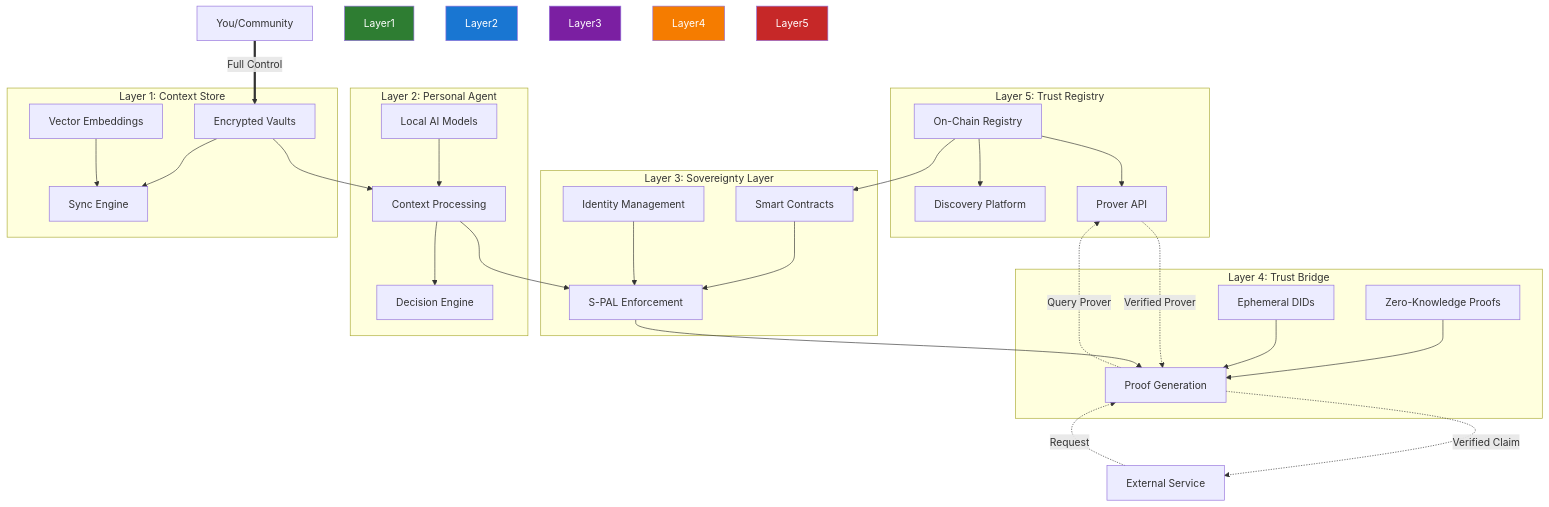
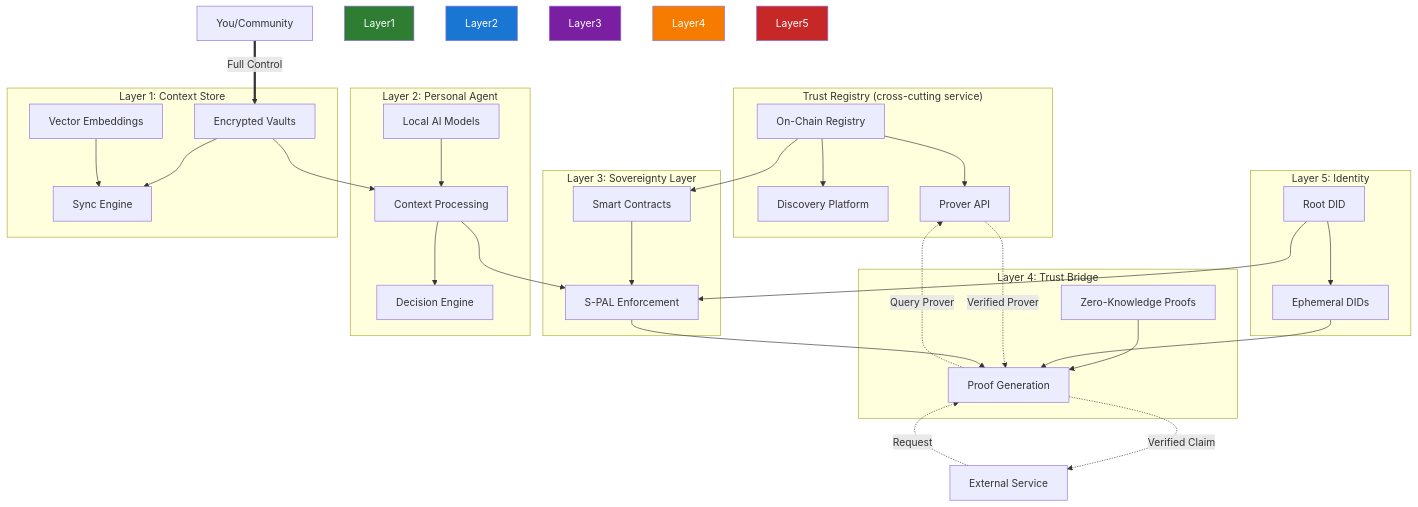
Before and after one commit to freehold-earth/freehold: the first of 8 diagrams in docs/architecture/diagrams.md, drawn with Mermaid. The commit also changed 4 other files, not shown here.

````diff
--- a/docs/architecture/diagrams.md
+++ b/docs/architecture/diagrams.md
@@ -5,59 +5,64 @@
 ```mermaid
 graph TB
-    subgraph "Layer 5: Trust Registry"
+    subgraph "Trust Registry (cross-cutting service)"
         REG[On-Chain Registry]
         DISC[Discovery Platform]
         API[Prover API]
         REG --> DISC
         REG --> API
     end
 
+    subgraph "Layer 5: Identity"
+        DID[Root DID]
+        EDID[Ephemeral DIDs]
+        DID --> EDID
+    end
+
     subgraph "Layer 4: Trust Bridge"
         ZKP[Zero-Knowledge Proofs]
-        EDID[Ephemeral DIDs]
         PROOF[Proof Generation]
         ZKP --> PROOF
-        EDID --> PROOF
     end
 
     subgraph "Layer 3: Sovereignty Layer"
         SC[Smart Contracts]
         SPAL[S-PAL Enforcement]
-        DID[Identity Management]
         SC --> SPAL
-        DID --> SPAL
     end
 
     subgraph "Layer 2: Personal Agent"
         AI[Local AI Models]
         AGENT[Context Processing]
         DECIDE[Decision Engine]
         AI --> AGENT
         AGENT --> DECIDE
     end
 
     subgraph "Layer 1: Context Store"
         VAULT[Encrypted Vaults]
         SYNC[Sync Engine]
         EMB[Vector Embeddings]
         VAULT --> SYNC
         EMB --> SYNC
     end
 
+    DID --> SPAL
+    EDID --> PROOF
+
     EXT[External Service] -.->|Request| PROOF
     PROOF -.->|Query Prover| API
     API -.->|Verified Prover| PROOF
     PROOF -.->|Verified Claim| EXT
     USER[You/Community] ==>|Full Control| VAULT
 
     VAULT --> AGENT
     AGENT --> SPAL
     SPAL --> PROOF
     REG --> SC
 
     style Layer1 fill:#2E7D32,color:#fff
     style Layer2 fill:#1976D2,color:#fff
     style Layer3 fill:#7B1FA2,color:#fff
     style Layer4 fill:#F57C00,color:#fff
     style Layer5 fill:#C62828,color:#fff
 ```
````
